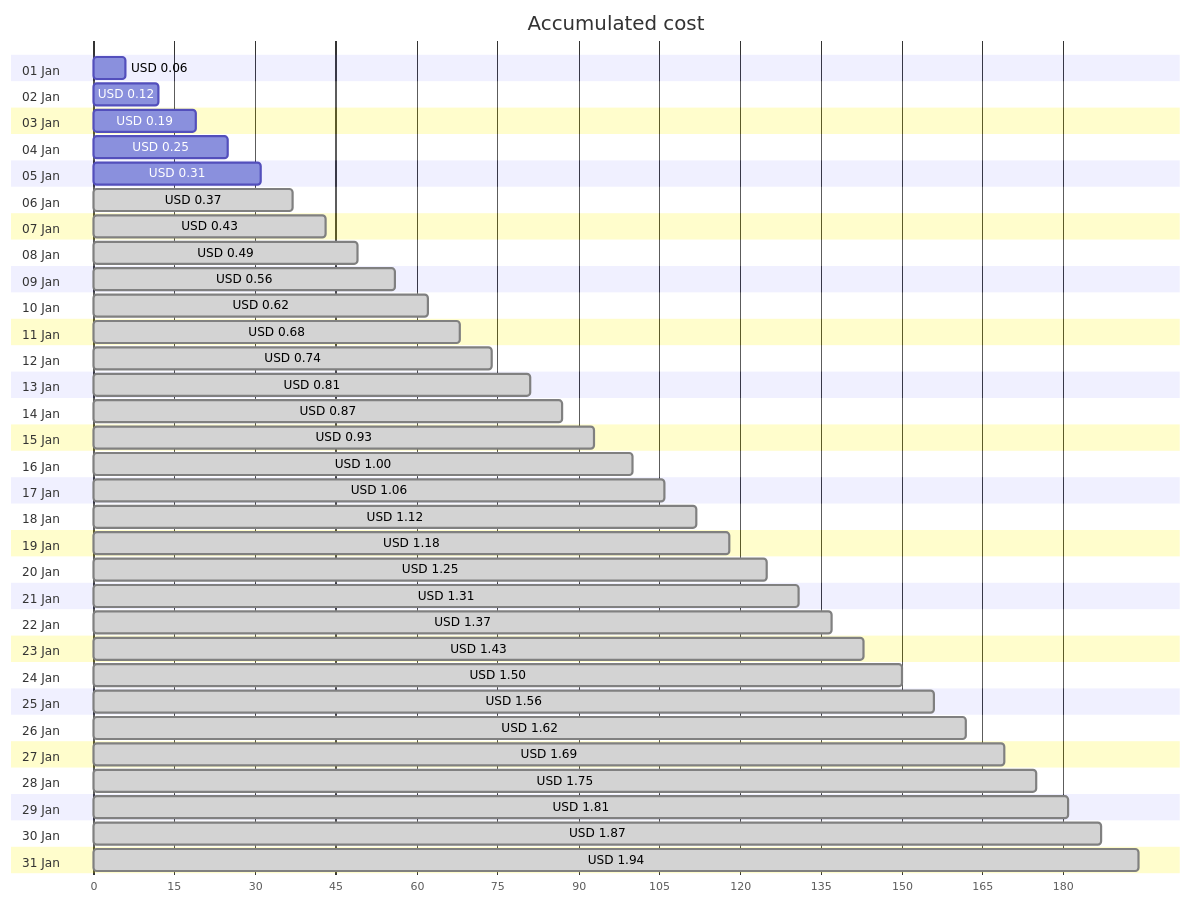
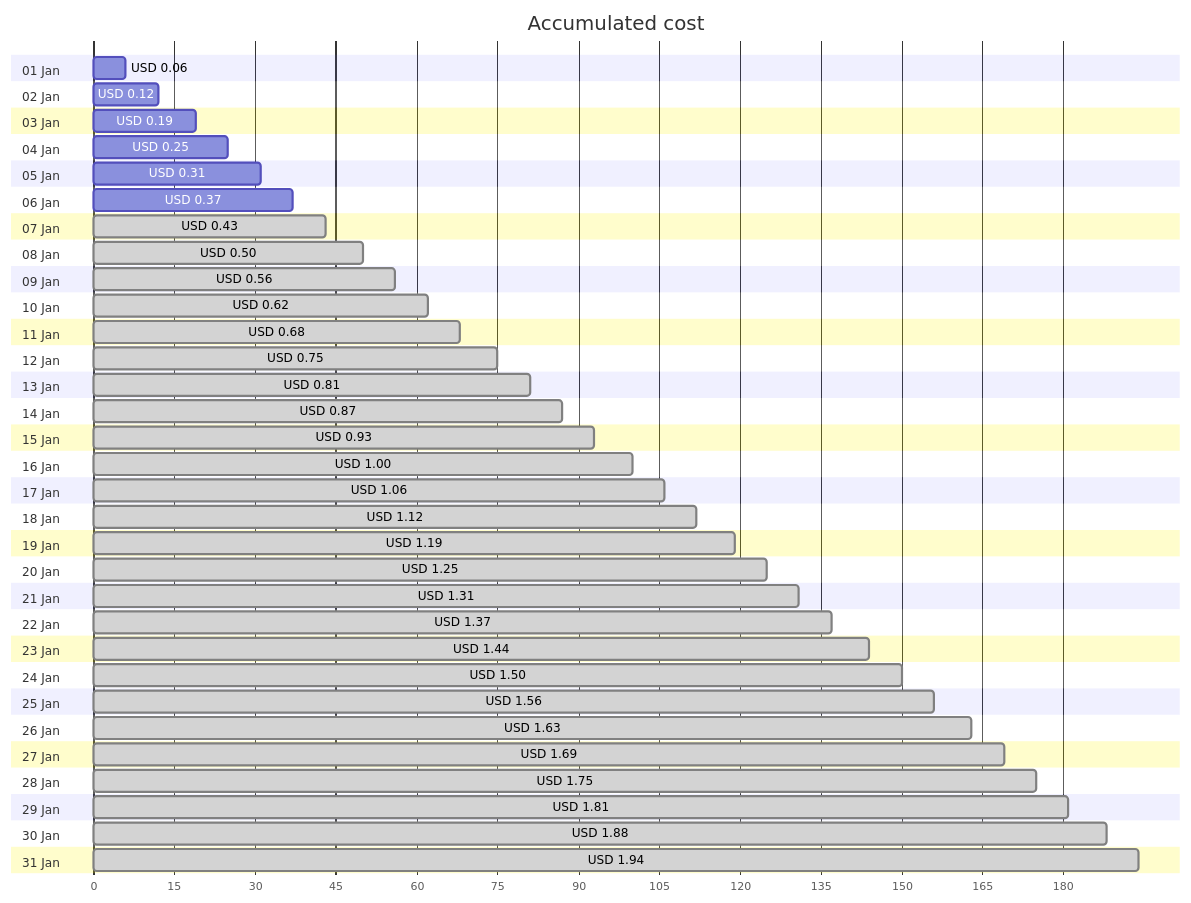
Before and after one commit to jpfulton/azure-personal-reports: the first of 4 diagrams in cost-reports/personal-network/vpn-server_OsDisk.md, drawn with Mermaid. The commit also changed other lines of this file and 8 other files, not shown here.

````diff
--- a/cost-reports/personal-network/vpn-server_OsDisk.md
+++ b/cost-reports/personal-network/vpn-server_OsDisk.md
@@ -20,68 +20,68 @@
 ```mermaid
 gantt
    title Accumulated cost
    dateFormat  X
    axisFormat %s
    section 01 Jan
    USD 0.06 :0, 6
    section 02 Jan
    USD 0.12 :0, 12
    section 03 Jan
    USD 0.19 :0, 19
    section 04 Jan
    USD 0.25 :0, 25
    section 05 Jan
    USD 0.31 :0, 31
    section 06 Jan
-   USD 0.37 : done, 0, 37
+   USD 0.37 :0, 37
    section 07 Jan
    USD 0.43 : done, 0, 43
    section 08 Jan
-   USD 0.49 : done, 0, 49
+   USD 0.50 : done, 0, 50
    section 09 Jan
    USD 0.56 : done, 0, 56
    section 10 Jan
    USD 0.62 : done, 0, 62
    section 11 Jan
    USD 0.68 : done, 0, 68
    section 12 Jan
-   USD 0.74 : done, 0, 74
+   USD 0.75 : done, 0, 75
    section 13 Jan
    USD 0.81 : done, 0, 81
    section 14 Jan
    USD 0.87 : done, 0, 87
    section 15 Jan
    USD 0.93 : done, 0, 93
    section 16 Jan
    USD 1.00 : done, 0, 100
    section 17 Jan
    USD 1.06 : done, 0, 106
    section 18 Jan
    USD 1.12 : done, 0, 112
    section 19 Jan
-   USD 1.18 : done, 0, 118
+   USD 1.19 : done, 0, 119
    section 20 Jan
    USD 1.25 : done, 0, 125
    section 21 Jan
    USD 1.31 : done, 0, 131
    section 22 Jan
    USD 1.37 : done, 0, 137
    section 23 Jan
-   USD 1.43 : done, 0, 143
+   USD 1.44 : done, 0, 144
    section 24 Jan
    USD 1.50 : done, 0, 150
    section 25 Jan
    USD 1.56 : done, 0, 156
    section 26 Jan
-   USD 1.62 : done, 0, 162
+   USD 1.63 : done, 0, 163
    section 27 Jan
    USD 1.69 : done, 0, 169
    section 28 Jan
    USD 1.75 : done, 0, 175
    section 29 Jan
    USD 1.81 : done, 0, 181
    section 30 Jan
-   USD 1.87 : done, 0, 187
+   USD 1.88 : done, 0, 188
    section 31 Jan
    USD 1.94 : done, 0, 194
 ```
````
